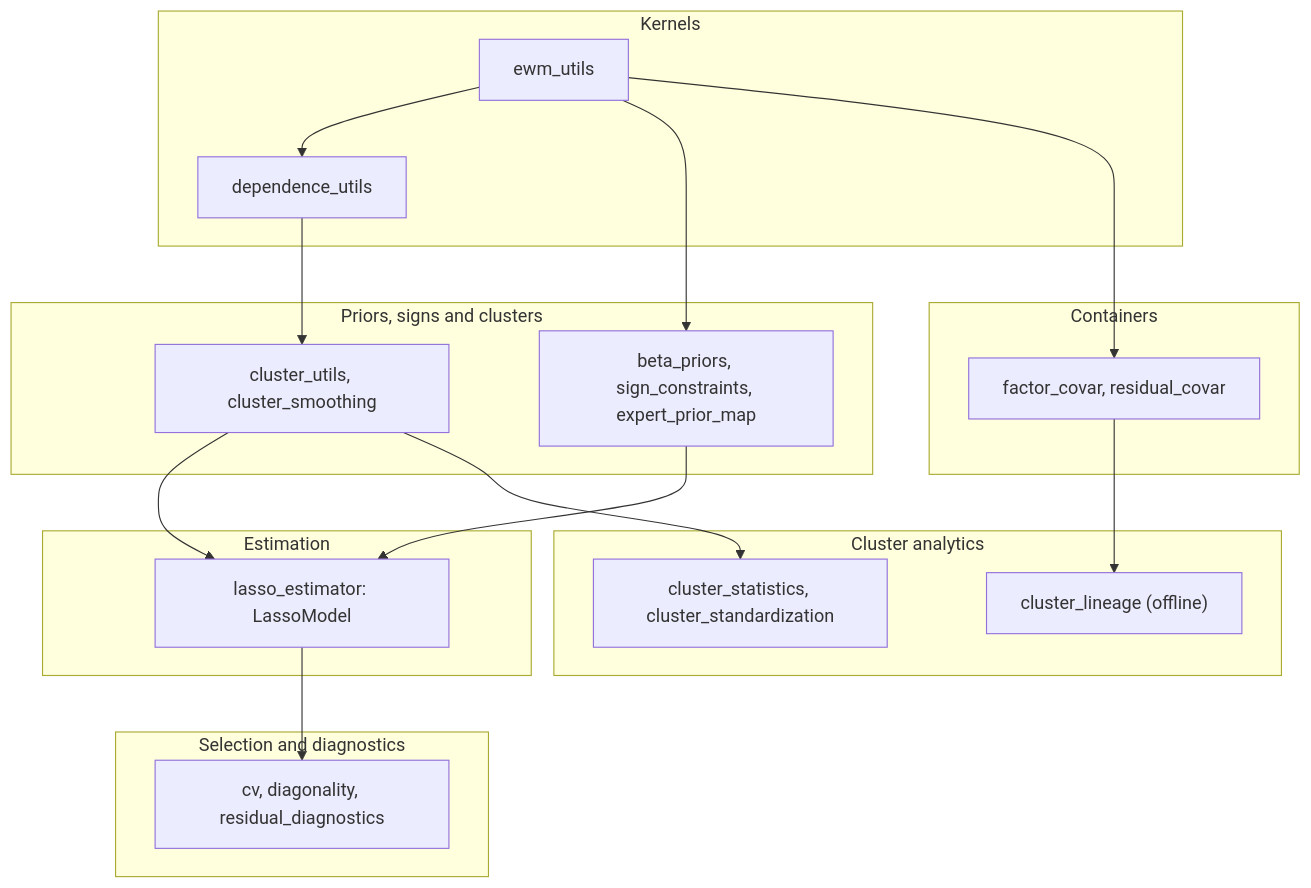
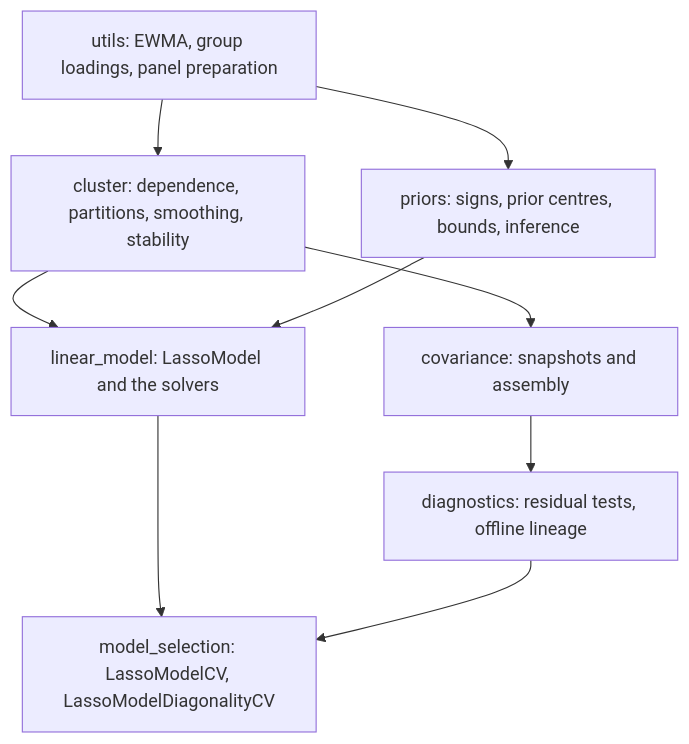
Before and after one commit to ArturSepp/factorlasso: the diagram in docs/software_design.md, drawn with Mermaid. The commit also changed other lines of this file and 25 other files, not shown here.

````diff
--- a/docs/software_design.md
+++ b/docs/software_design.md
@@ -40,33 +47,18 @@
 ```mermaid
 flowchart TB
-    subgraph kernels["Kernels"]
-        ewm["ewm_utils"]
-        dep["dependence_utils"]
-    end
-    subgraph derivation["Priors, signs and clusters"]
-        priors["beta_priors, sign_constraints, expert_prior_map"]
-        clusters["cluster_utils, cluster_smoothing"]
-    end
-    subgraph estimation["Estimation"]
-        model["lasso_estimator: LassoModel"]
-    end
-    subgraph selection["Selection and diagnostics"]
-        sel["cv, diagonality, residual_diagnostics"]
-    end
-    subgraph containers["Containers"]
-        cov["factor_covar, residual_covar"]
-    end
-    subgraph offline["Cluster analytics"]
-        stats["cluster_statistics, cluster_standardization"]
-        lineage["cluster_lineage (offline)"]
-    end
-    ewm --> dep
-    ewm --> priors
-    dep --> clusters
-    priors --> model
-    clusters --> model
-    model --> sel
-    ewm --> cov
-    cov --> lineage
-    clusters --> stats
+    utils["utils: EWMA, group loadings, panel preparation"]
+    cluster["cluster: dependence, partitions, smoothing, stability"]
+    priors["priors: signs, prior centres, bounds, inference"]
+    linear["linear_model: LassoModel and the solvers"]
+    covariance["covariance: snapshots and assembly"]
+    diagnostics["diagnostics: residual tests, offline lineage"]
+    selection["model_selection: LassoModelCV, LassoModelDiagonalityCV"]
+    utils --> cluster
+    utils --> priors
+    cluster --> linear
+    priors --> linear
+    cluster --> covariance
+    covariance --> diagnostics
+    linear --> selection
+    diagnostics --> selection
 ```
````
